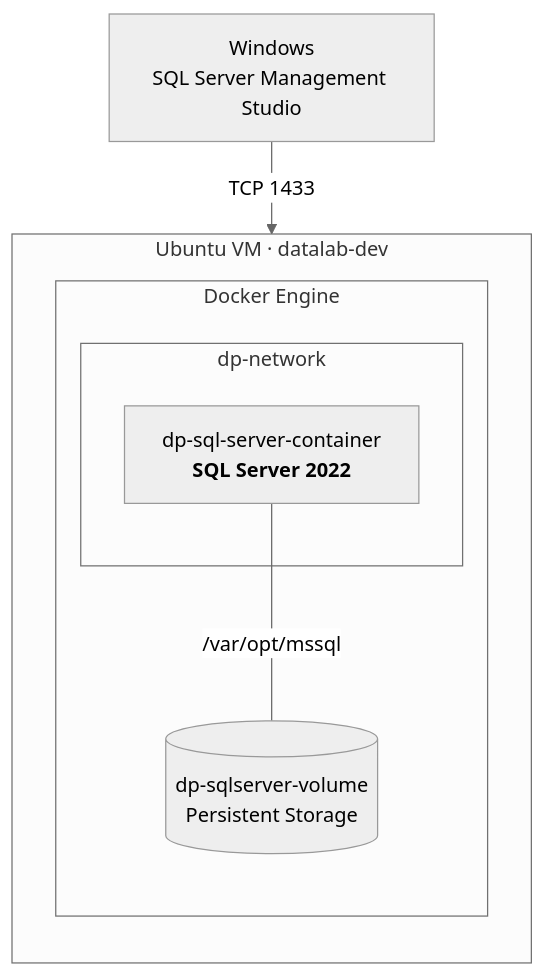
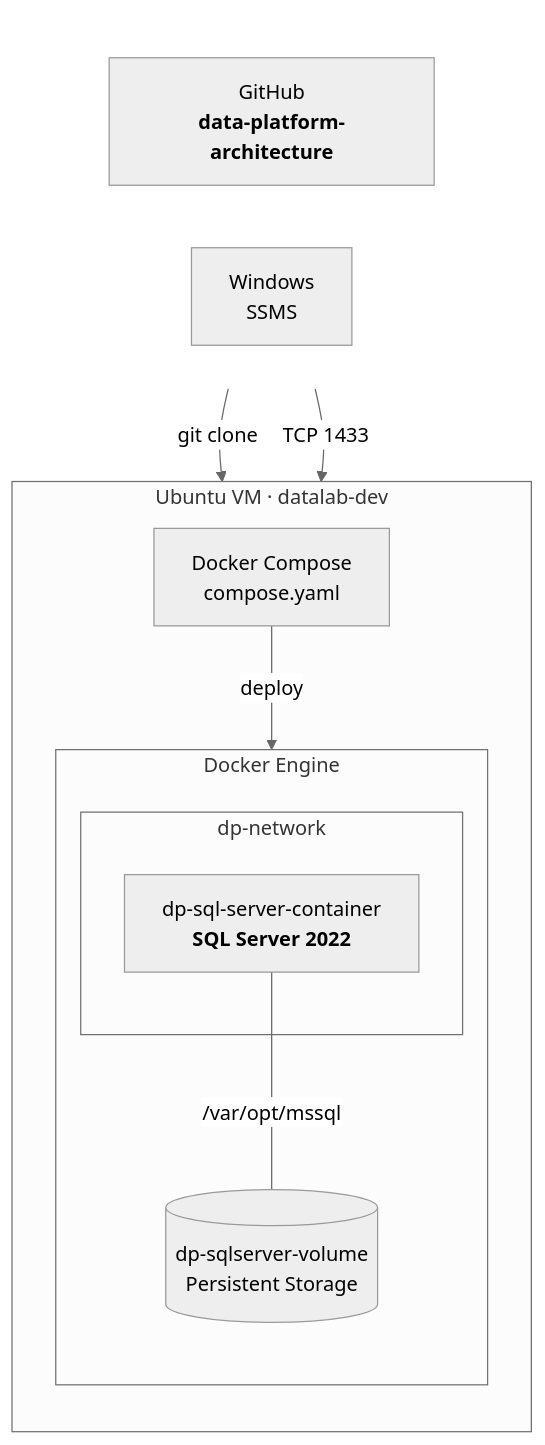
The diagram in README.md (cblancogt/data-platform-architecture), drawn with Mermaid (neutral theme) before and after one commit. The commit also changed 1 other file, not shown here.

Commit message:
v1 ajuste de diagramas

````diff
--- a/README.md
+++ b/README.md
@@ -15,23 +15,34 @@
 ```mermaid
 flowchart TB
 
-    CLIENT["Windows<br/>SQL Server Management Studio"]
+    subgraph ACCESS[" "]
+        direction LR
+        REPO["GitHub<br/><b>data-platform-architecture</b>"]
+        CLIENT["Windows<br/>SSMS"]
+    end
 
     subgraph HOST["Ubuntu VM · datalab-dev"]
         direction TB
+
+        COMPOSE["Docker Compose<br/>compose.yaml"]
 
         subgraph DOCKER["Docker Engine"]
             direction TB
 
             subgraph NETWORK["dp-network"]
                 SQL["dp-sql-server-container<br/><b>SQL Server 2022</b>"]
             end
 
             VOL[("dp-sqlserver-volume<br/>Persistent Storage")]
 
             SQL ---|"/var/opt/mssql"| VOL
         end
+
+        COMPOSE -->|"deploy"| SQL
     end
 
+    REPO -->|"git clone"| COMPOSE
     CLIENT -->|"TCP 1433"| SQL
+
+    style ACCESS fill:none,stroke:none
 ```
````
